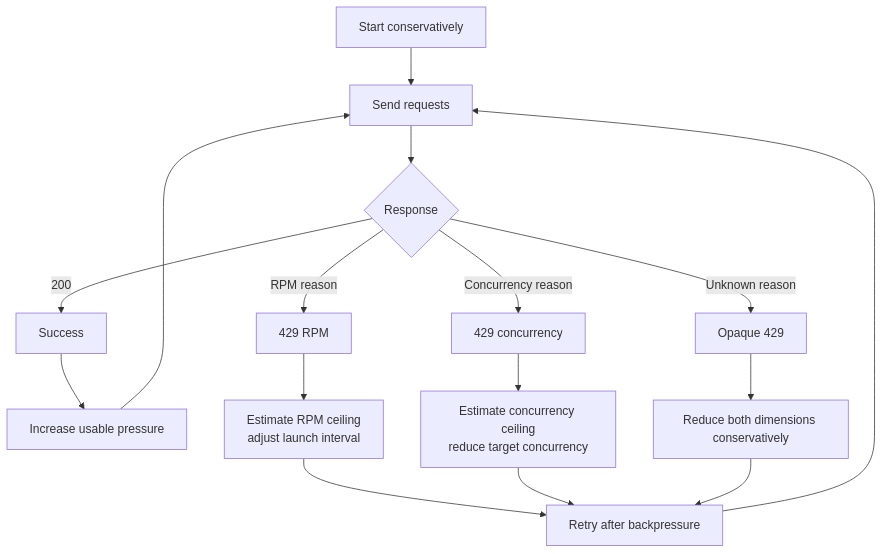
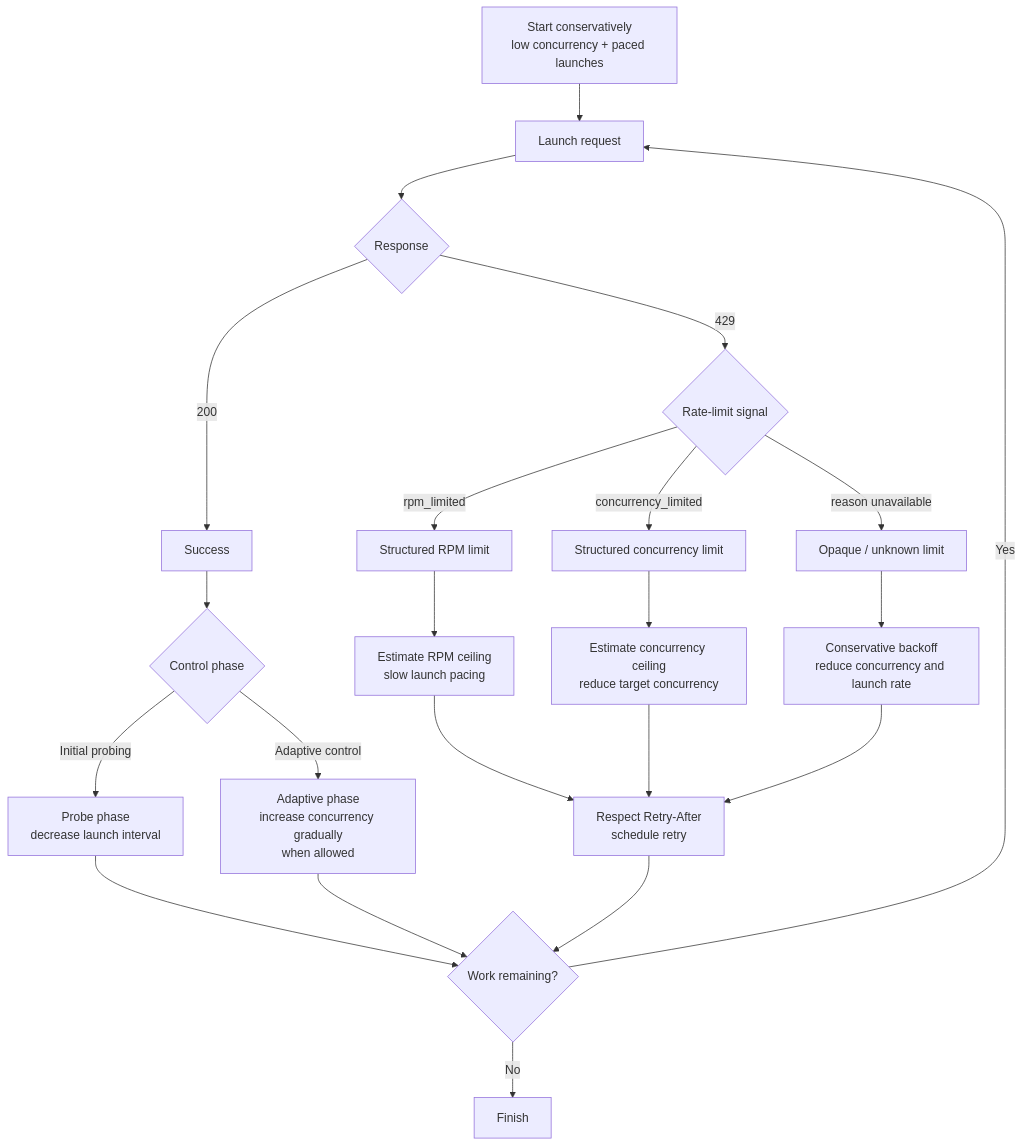
One commit to NicolasLaube/benchmark-orchestration changed the third of 3 diagrams in README.md. Above: the diagram before and after it, drawn with Mermaid. The commit also changed other lines of this file, not shown here.

````diff
--- a/README.md
+++ b/README.md
@@ -363,36 +371,54 @@
 ```mermaid
 flowchart TD
-    A[Start conservatively]
-    B[Send requests]
+    A[Start conservatively<br/>low concurrency + paced launches]
+    B[Launch request]
     C{Response}
+
     D[Success]
-    E[429 RPM]
-    F[429 concurrency]
-    G[Opaque 429]
-    H[Increase usable pressure]
-    I[Estimate RPM ceiling<br/>adjust launch interval]
-    J[Estimate concurrency ceiling<br/>reduce target concurrency]
-    K[Reduce both dimensions conservatively]
-    L[Retry after backpressure]
+    E{Control phase}
+    F[Probe phase<br/>decrease launch interval]
+    G[Adaptive phase<br/>increase concurrency gradually<br/>when allowed]
+
+    H{Rate-limit signal}
+    I[Structured RPM limit]
+    J[Structured concurrency limit]
+    K[Opaque / unknown limit]
+
+    L[Estimate RPM ceiling<br/>slow launch pacing]
+    M[Estimate concurrency ceiling<br/>reduce target concurrency]
+    N[Conservative backoff<br/>reduce concurrency and launch rate]
+
+    O[Respect Retry-After<br/>schedule retry]
+    P{Work remaining?}
+    Q[Finish]
 
     A --> B
     B --> C
+
     C -->|200| D
-    C -->|RPM reason| E
-    C -->|Concurrency reason| F
-    C -->|Unknown reason| G
+    C -->|429| H
 
-    D --> H
-    H --> B
+    D --> E
+    E -->|Initial probing| F
+    E -->|Adaptive control| G
 
-    E --> I
+    F --> P
+    G --> P
+
+    H -->|rpm_limited| I
+    H -->|concurrency_limited| J
+    H -->|reason unavailable| K
+
     I --> L
+    J --> M
+    K --> N
 
-    F --> J
-    J --> L
+    L --> O
+    M --> O
+    N --> O
 
-    G --> K
-    K --> L
+    O --> P
 
-    L --> B
+    P -->|Yes| B
+    P -->|No| Q
 ```
````
